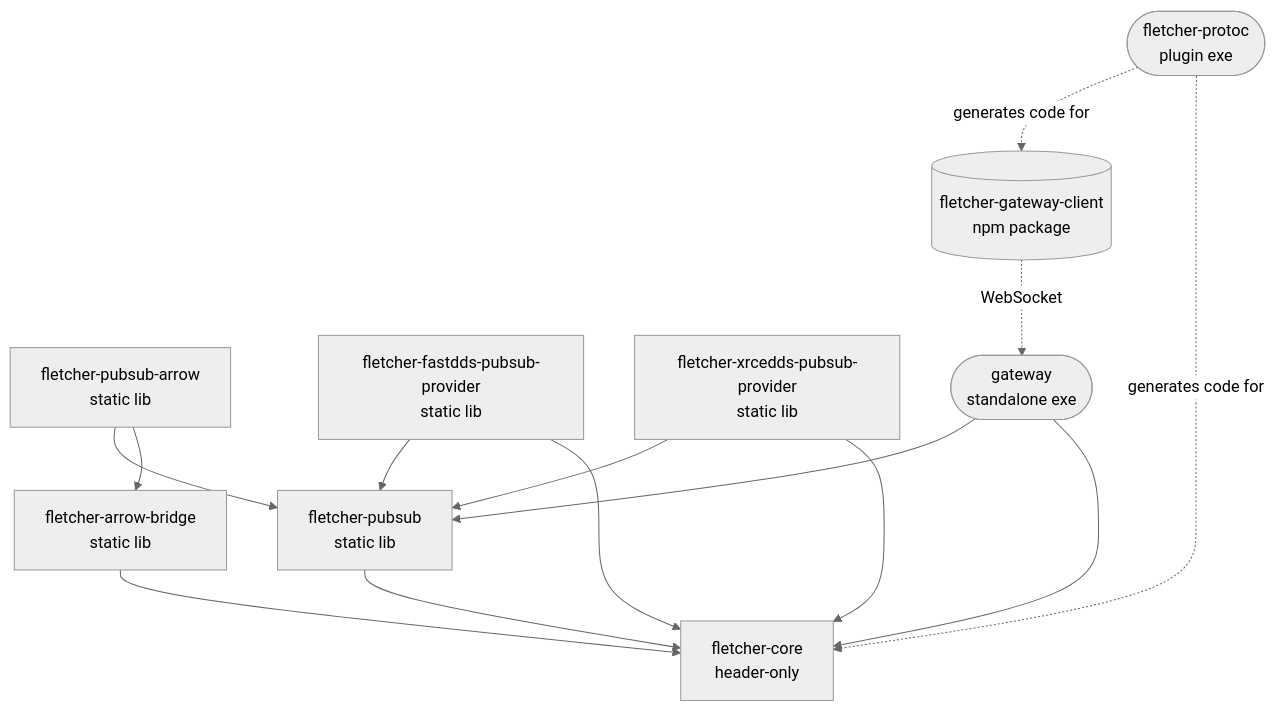
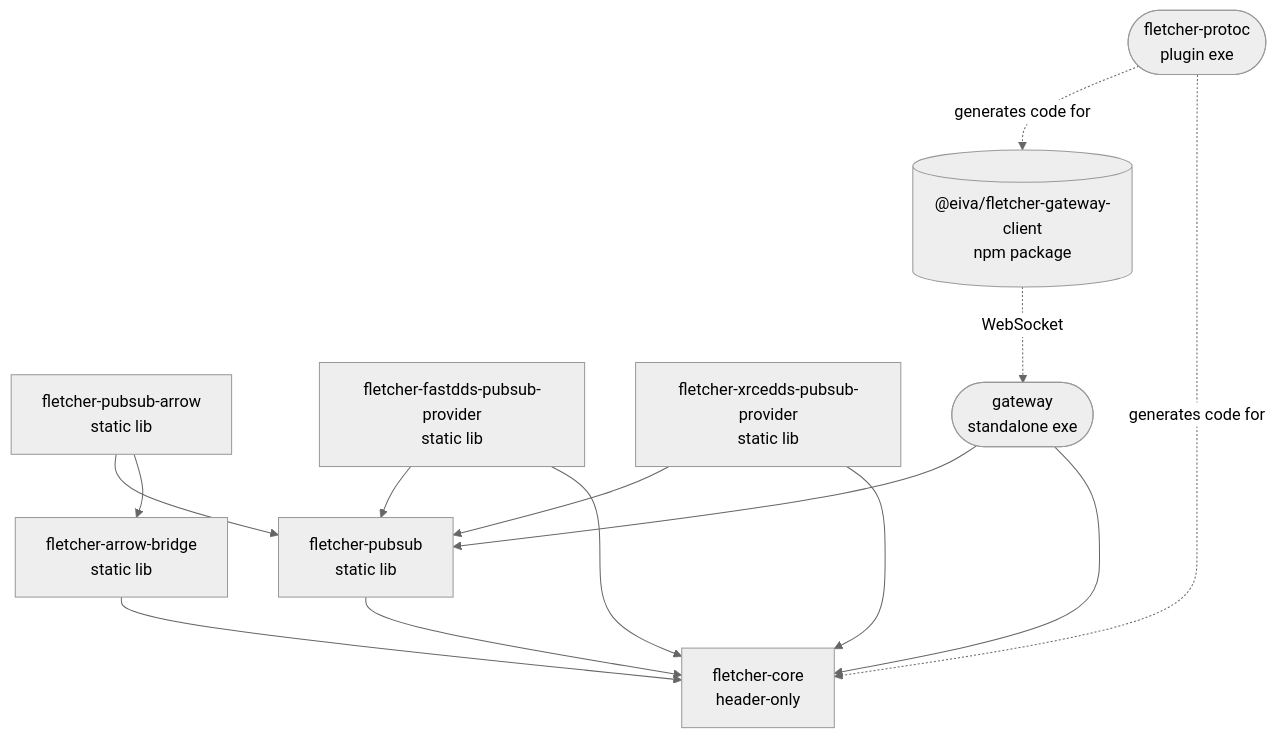
Before and after one commit to eivacom/Fletcher: the diagram in README.md, drawn with Mermaid (neutral theme). The commit also changed 23 other files, not shown here.

First line of the commit message:
protoc: scoped @eiva/fletcher-gateway-client import + npm ci in protoc test workflows (#92)

````diff
--- a/README.md
+++ b/README.md
@@ -51,27 +51,27 @@
 ```mermaid
 graph TD
     core["fletcher-core<br/>header-only"]
     pubsub["fletcher-pubsub<br/>static lib"]
     arrow_bridge["fletcher-arrow-bridge<br/>static lib"]
     pubsub_arrow["fletcher-pubsub-arrow<br/>static lib"]
     fastdds["fletcher-fastdds-pubsub-provider<br/>static lib"]
     xrcedds["fletcher-xrcedds-pubsub-provider<br/>static lib"]
     protoc(["fletcher-protoc<br/>plugin exe"])
     gateway(["gateway<br/>standalone exe"])
-    client[("fletcher-gateway-client<br/>npm package")]
+    client[("@eiva/fletcher-gateway-client<br/>npm package")]
 
     pubsub --> core
     arrow_bridge --> core
     pubsub_arrow --> pubsub
     pubsub_arrow --> arrow_bridge
     fastdds --> pubsub
     fastdds --> core
     xrcedds --> pubsub
     xrcedds --> core
     gateway --> pubsub
     gateway --> core
 
     client -. WebSocket .-> gateway
     protoc -. generates code for .-> client
     protoc -. generates code for .-> core
 ```
````
